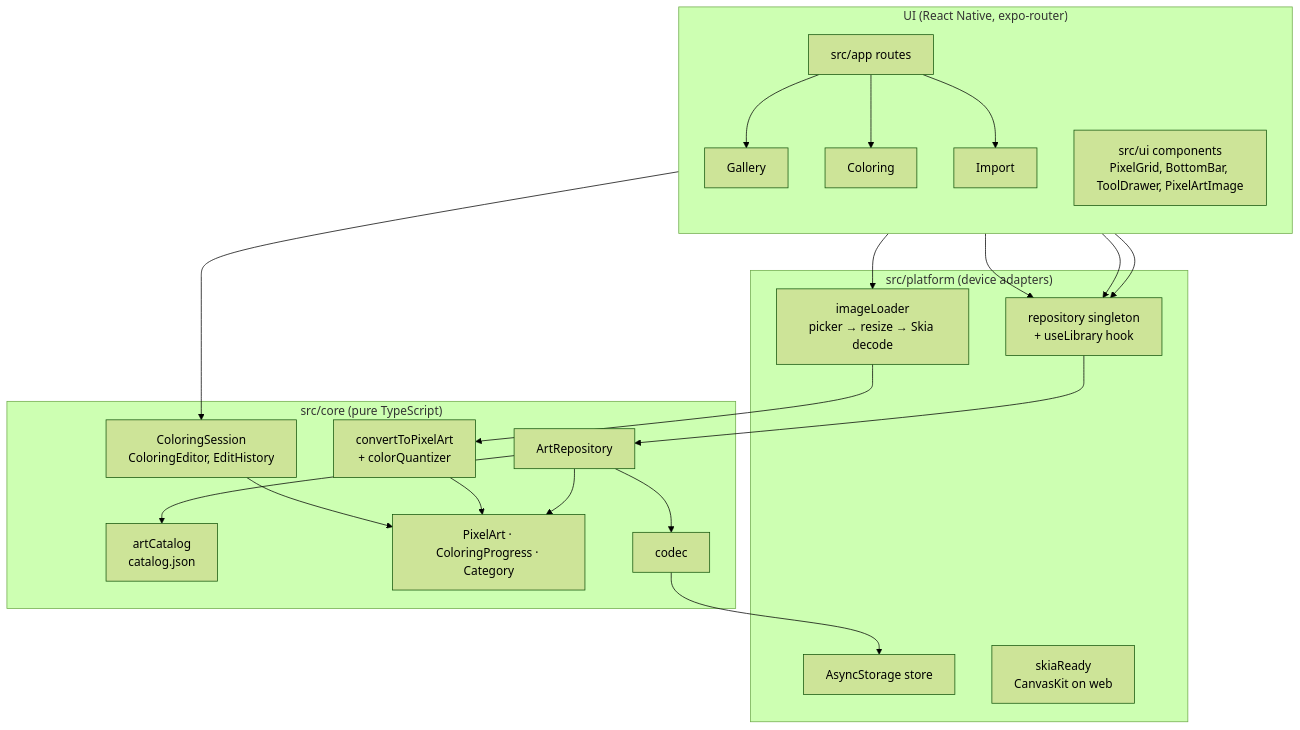
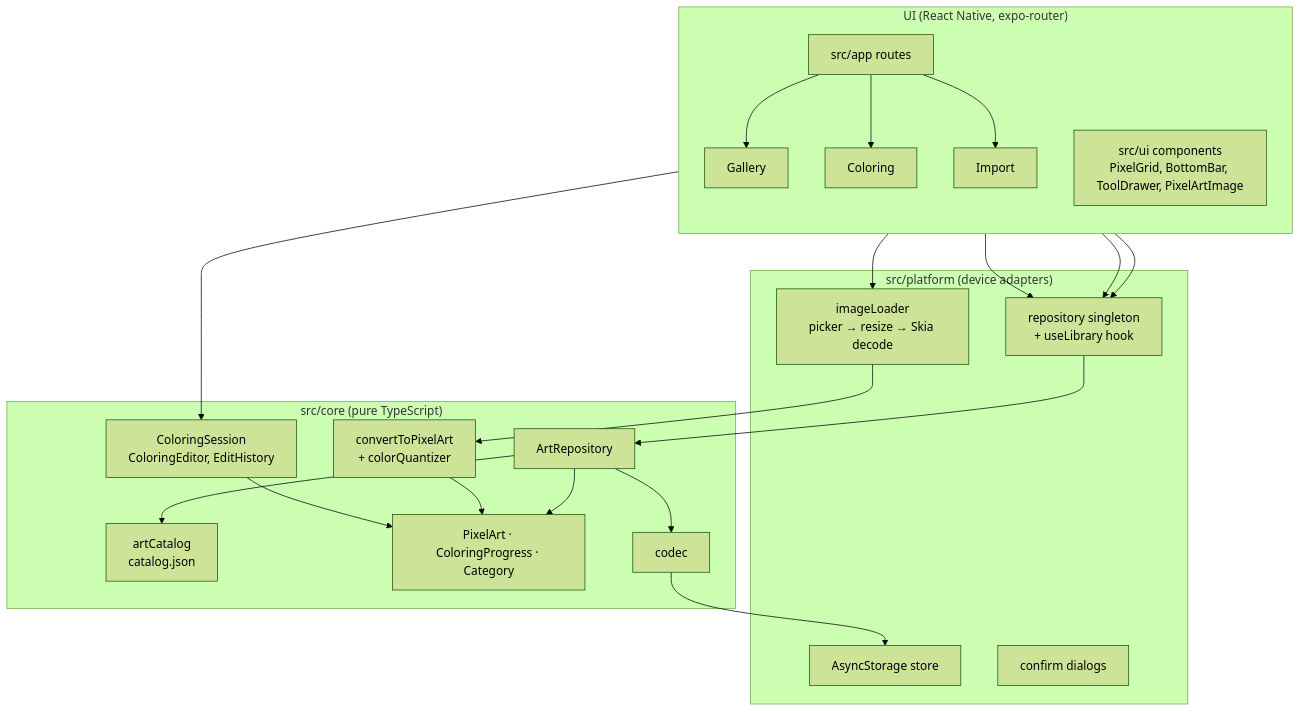
Before and after one commit to avgogames/androidapp: the diagram in pixel-paint-rn/docs/ARCHITECTURE.md, drawn with Mermaid (forest theme). The commit also changed other lines of this file and 6 other files, not shown here.

First line of the commit message:
Fix React Native web preview: load CanvasKit before any app module

````diff
--- a/pixel-paint-rn/docs/ARCHITECTURE.md
+++ b/pixel-paint-rn/docs/ARCHITECTURE.md
@@ -20,37 +20,37 @@
 ```mermaid
 flowchart TB
     subgraph ui ["UI (React Native, expo-router)"]
         direction TB
         R[src/app routes]
         G[Gallery]
         C[Coloring]
         I[Import]
         UI[src/ui components<br/>PixelGrid, BottomBar, ToolDrawer, PixelArtImage]
     end
 
     subgraph platform ["src/platform (device adapters)"]
         Repo1[repository singleton<br/>+ useLibrary hook]
         St[AsyncStorage store]
         IL[imageLoader<br/>picker → resize → Skia decode]
-        SR[skiaReady<br/>CanvasKit on web]
+        SR[confirm dialogs]
     end
 
     subgraph core ["src/core (pure TypeScript)"]
         Repo[ArtRepository]
         Cat[artCatalog<br/>catalog.json]
         Conv[convertToPixelArt<br/>+ colorQuantizer]
         Sess[ColoringSession<br/>ColoringEditor, EditHistory]
         Model[PixelArt · ColoringProgress · Category]
         Codec[codec]
     end
 
     R --> G & C & I
     G --> Repo1
     C --> Sess
     C --> Repo1
     I --> IL --> Conv
     I --> Repo1
     Repo1 --> Repo --> Codec --> St
     Repo --> Cat
     Sess & Conv & Repo --> Model
 ```
````
